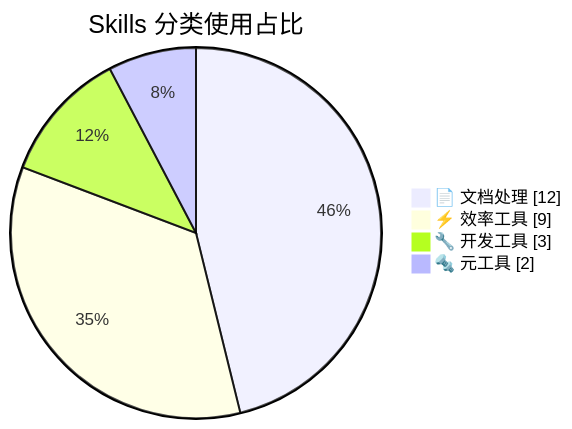
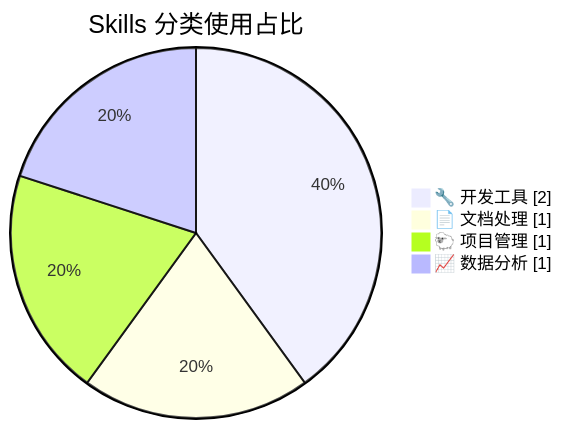
One commit to leoliu20001120/leooo changed the second of 2 diagrams in 10_Work/skills_weekly_reports/_latest_report.md. Above: the diagram before and after it, drawn with Mermaid. The commit also changed other lines of this file and 169 other files, not shown here.

````diff
--- a/10_Work/skills_weekly_reports/_latest_report.md
+++ b/10_Work/skills_weekly_reports/_latest_report.md
@@ -58,8 +56,8 @@
 ```mermaid
 pie showData
     title Skills 分类使用占比
-    "📄 文档处理" : 12
-    "⚡ 效率工具" : 9
-    "🔧 开发工具" : 3
-    "🔩 元工具" : 2
+    "🔧 开发工具" : 2
+    "📄 文档处理" : 1
+    "🐑 项目管理" : 1
+    "📈 数据分析" : 1
 ```
````
